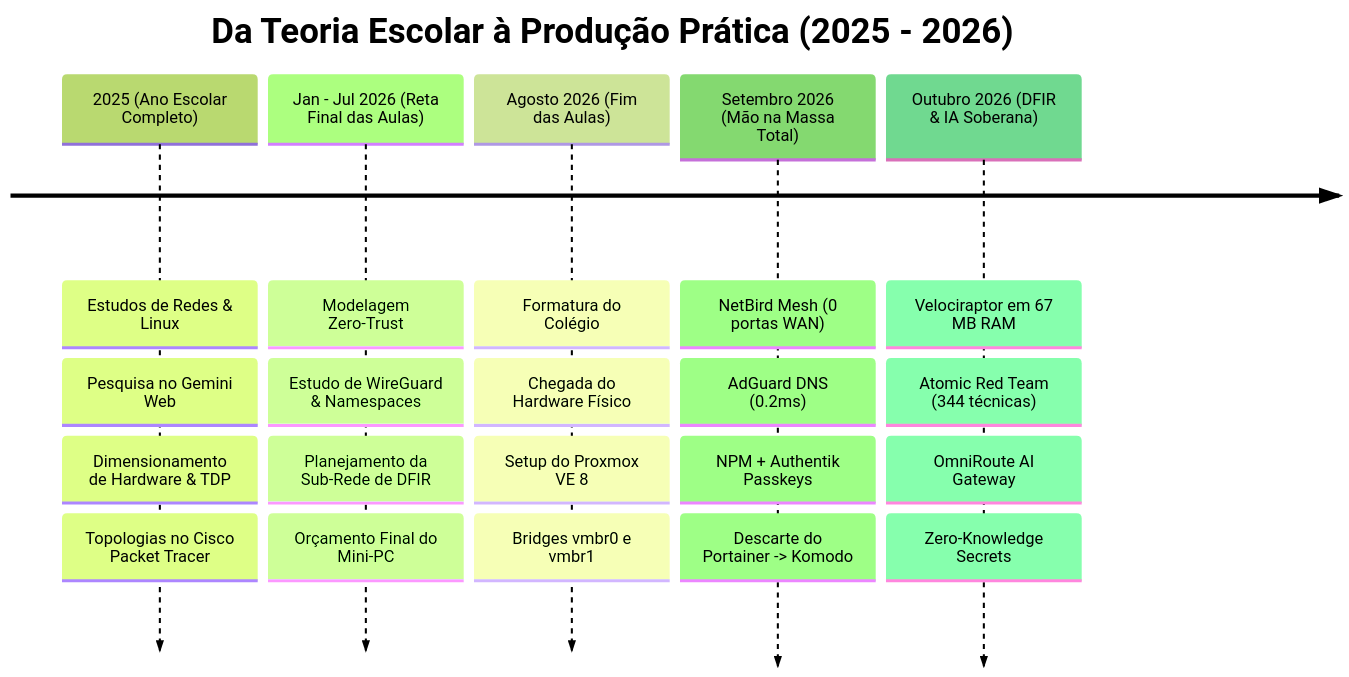
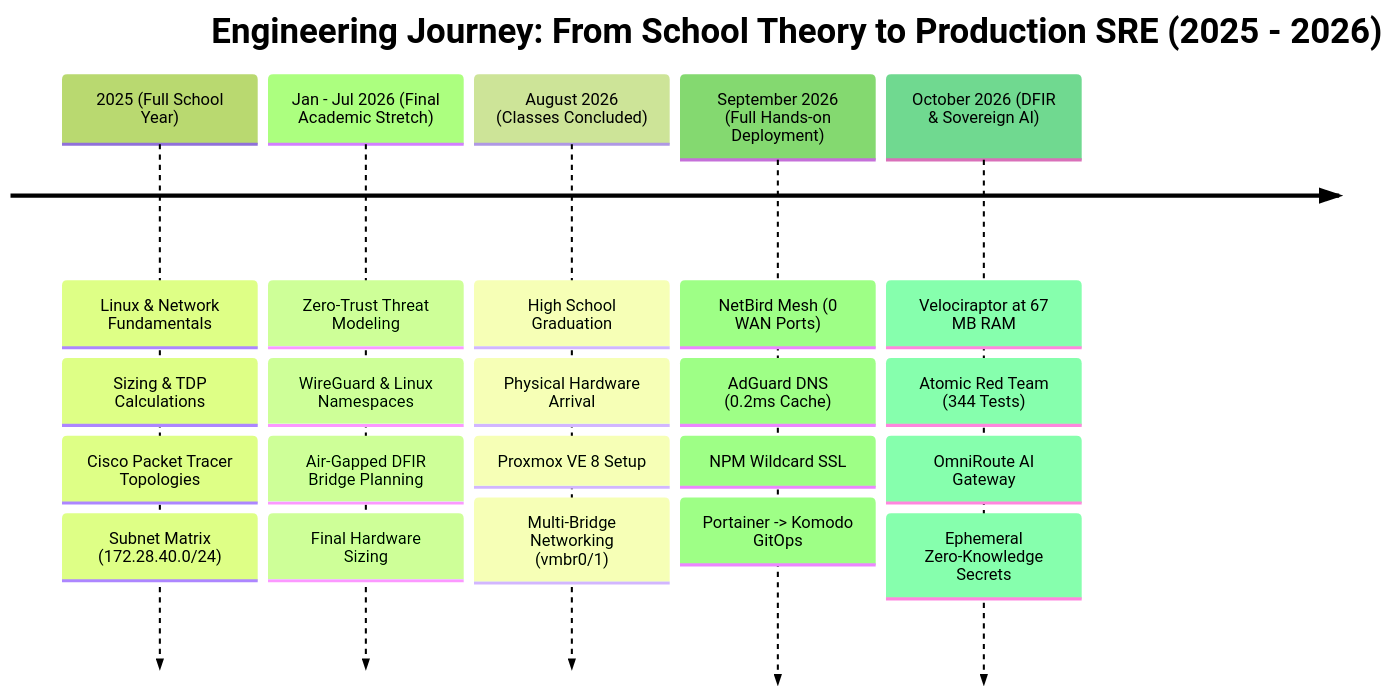
The first of 3 diagrams in docs/README.md (Lessa-github/homelab-zero-trust-infra), drawn with Mermaid (forest theme) before and after one commit. The commit also changed other lines of this file and 4 other files, not shown here.

````diff
--- a/docs/README.md
+++ b/docs/README.md
@@ -27,9 +28,9 @@
 ```mermaid
 timeline
-    title Da Teoria Escolar à Produção Prática (2025 - 2026)
-    2025 (Ano Escolar Completo) : Estudos de Redes & Linux : Pesquisa no Gemini Web : Dimensionamento de Hardware & TDP : Topologias no Cisco Packet Tracer
-    Jan - Jul 2026 (Reta Final das Aulas) : Modelagem Zero-Trust : Estudo de WireGuard & Namespaces : Planejamento da Sub-Rede de DFIR : Orçamento Final do Mini-PC
-    Agosto 2026 (Fim das Aulas) : Formatura do Colégio : Chegada do Hardware Físico : Setup do Proxmox VE 8 : Bridges vmbr0 e vmbr1
-    Setembro 2026 (Mão na Massa Total) : NetBird Mesh (0 portas WAN) : AdGuard DNS (0.2ms) : NPM + Authentik Passkeys : Descarte do Portainer -> Komodo
-    Outubro 2026 (DFIR & IA Soberana) : Velociraptor em 67 MB RAM : Atomic Red Team (344 técnicas) : OmniRoute AI Gateway : Zero-Knowledge Secrets
+    title Engineering Journey: From School Theory to Production SRE (2025 - 2026)
+    2025 (Full School Year) : Linux & Network Fundamentals : Sizing & TDP Calculations : Cisco Packet Tracer Topologies : Subnet Matrix (172.28.40.0/24)
+    Jan - Jul 2026 (Final Academic Stretch) : Zero-Trust Threat Modeling : WireGuard & Linux Namespaces : Air-Gapped DFIR Bridge Planning : Final Hardware Sizing
+    August 2026 (Classes Concluded) : High School Graduation : Physical Hardware Arrival : Proxmox VE 8 Setup : Multi-Bridge Networking (vmbr0/1)
+    September 2026 (Full Hands-on Deployment) : NetBird Mesh (0 WAN Ports) : AdGuard DNS (0.2ms Cache) : NPM Wildcard SSL : Portainer -> Komodo GitOps
+    October 2026 (DFIR & Sovereign AI) : Velociraptor at 67 MB RAM : Atomic Red Team (344 Tests) : OmniRoute AI Gateway : Ephemeral Zero-Knowledge Secrets
 ```
````
